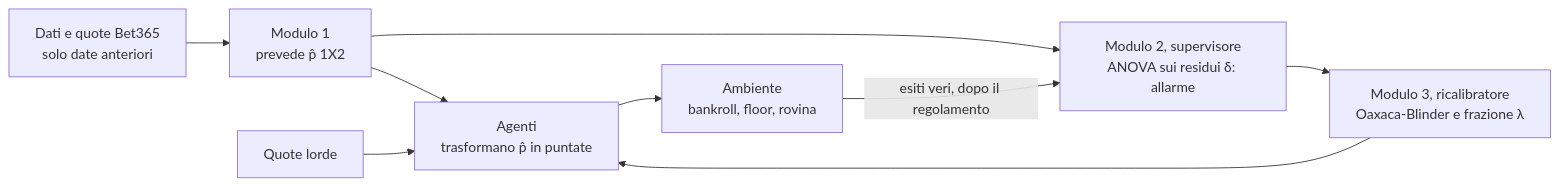
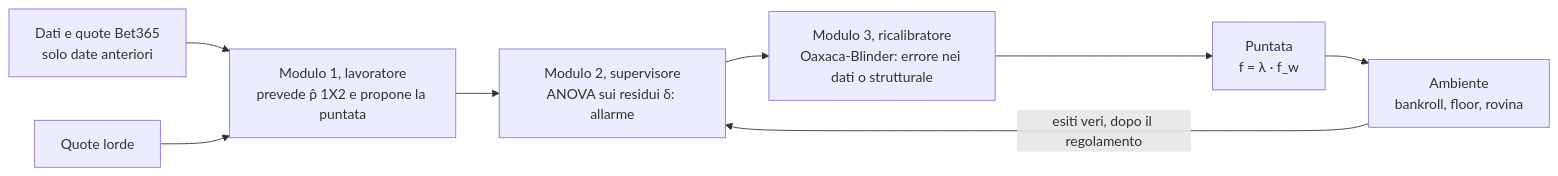
Before and after one commit to Fede046/structural_hybrid_kelly: the diagram in thesis/agenti_e_architettura.md, drawn with Mermaid. The commit also changed other lines of this file and 147 other files, not shown here.

````diff
--- a/thesis/agenti_e_architettura.md
+++ b/thesis/agenti_e_architettura.md
@@ -9,11 +9,10 @@
 ```mermaid
 flowchart LR
-    D[Dati e quote Bet365\nsolo date anteriori] --> M1[Modulo 1\nprevede p̂ 1X2]
-    M1 --> A[Agenti\ntrasformano p̂ in puntate]
-    Q[Quote lorde] --> A
+    D[Dati e quote Bet365\nsolo date anteriori] --> M1[Modulo 1, lavoratore\nprevede p̂ 1X2 e propone la puntata]
+    Q[Quote lorde] --> M1
     M1 --> M2[Modulo 2, supervisore\nANOVA sui residui δ: allarme]
-    M2 --> M3[Modulo 3, ricalibratore\nOaxaca-Blinder e frazione λ]
-    M3 --> A
-    A --> E[Ambiente\nbankroll, floor, rovina]
+    M2 --> M3[Modulo 3, ricalibratore\nOaxaca-Blinder: errore nei dati o strutturale]
+    M3 --> P[Puntata\nf = λ · f_w]
+    P --> E[Ambiente\nbankroll, floor, rovina]
     E -->|esiti veri, dopo il regolamento| M2
 ```
````
